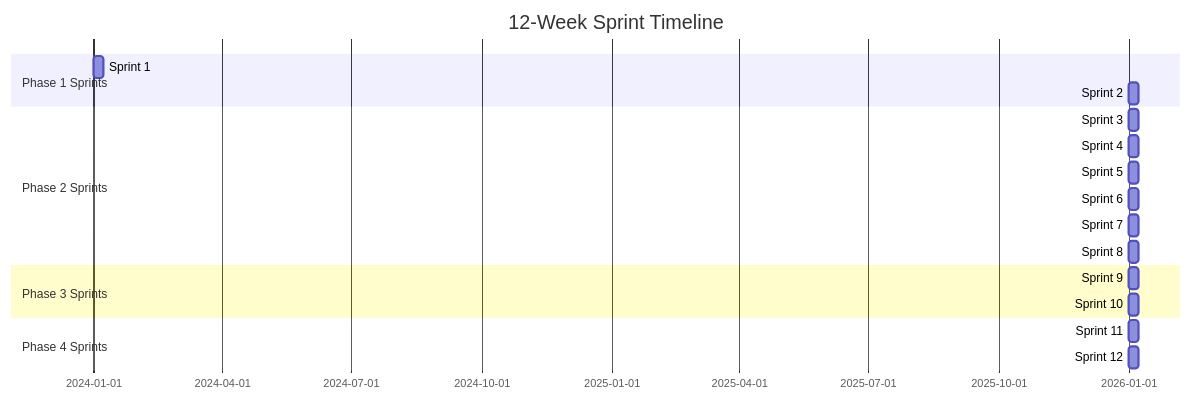
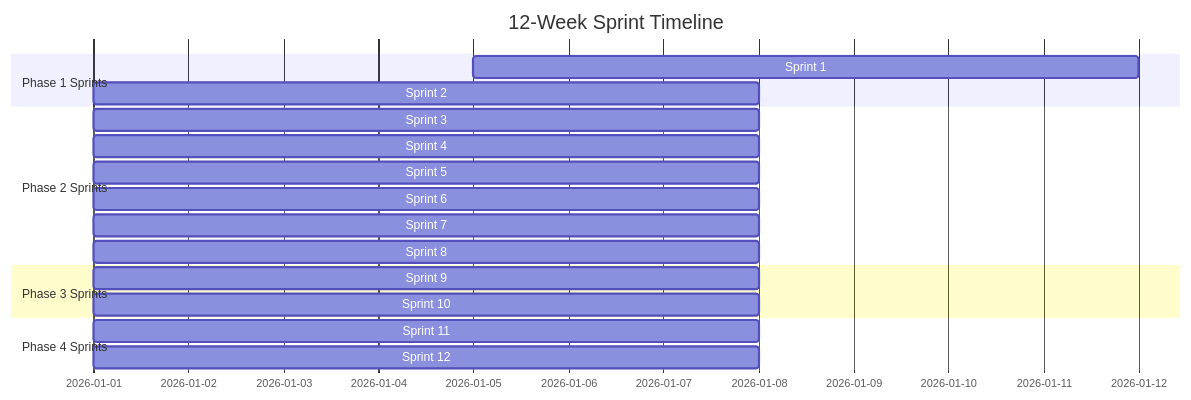
The first of 3 diagrams in SAP-Guides/Capstone/Employee-Leave-System/Project_Management/Project_Management_Plan.md (iouthnamain/tech-note), drawn with Mermaid before and after one commit. The commit also changed other lines of this file and 96 other files, not shown here.

````diff
--- a/SAP-Guides/Capstone/Employee-Leave-System/Project_Management/Project_Management_Plan.md
+++ b/SAP-Guides/Capstone/Employee-Leave-System/Project_Management/Project_Management_Plan.md
@@ -17,21 +17,21 @@
 ```mermaid
 gantt
     title 12-Week Sprint Timeline
     dateFormat YYYY-MM-DD
     section Phase 1 Sprints
-    Sprint 1: Requirements Gathering    :s1, 2024-01-01, 7d
+    Sprint 1: Requirements Gathering    :s1, 2026-01-05, 7d
     Sprint 2: Detailed Design             :s2, after s1, 7d
     section Phase 2 Sprints
     Sprint 3: Foundation                  :s3, after s2, 7d
     Sprint 4: Core Functionality          :s4, after s3, 7d
     Sprint 5: Workflow                    :s5, after s4, 7d
     Sprint 6: History & Filtering         :s6, after s5, 7d
     Sprint 7: Reporting                   :s7, after s6, 7d
     Sprint 8: Forms & Integration          :s8, after s7, 7d
     section Phase 3 Sprints
     Sprint 9: Comprehensive Testing       :s9, after s8, 7d
     Sprint 10: UAT & Refinement           :s10, after s9, 7d
     section Phase 4 Sprints
     Sprint 11: Documentation             :s11, after s10, 7d
     Sprint 12: Presentation               :s12, after s11, 7d
 ```
````
